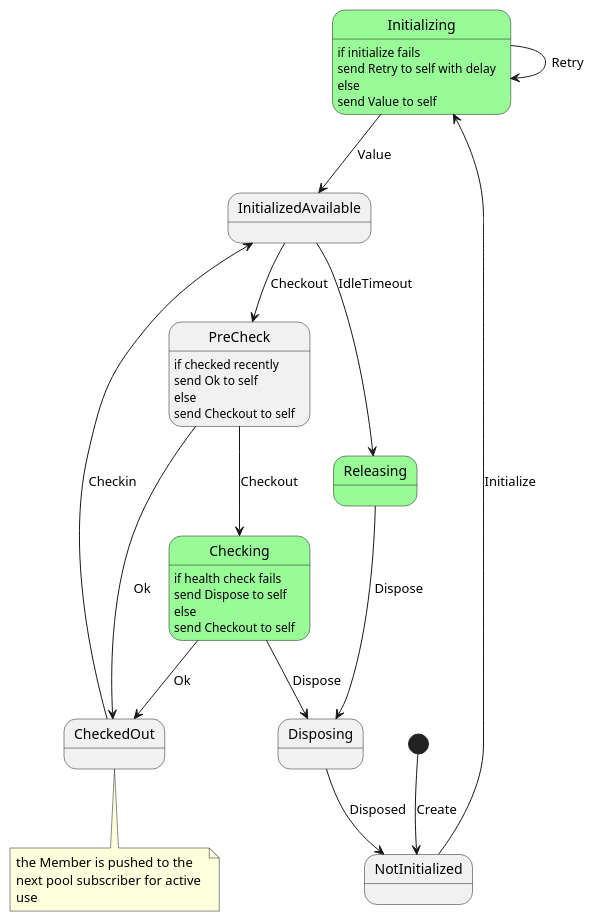
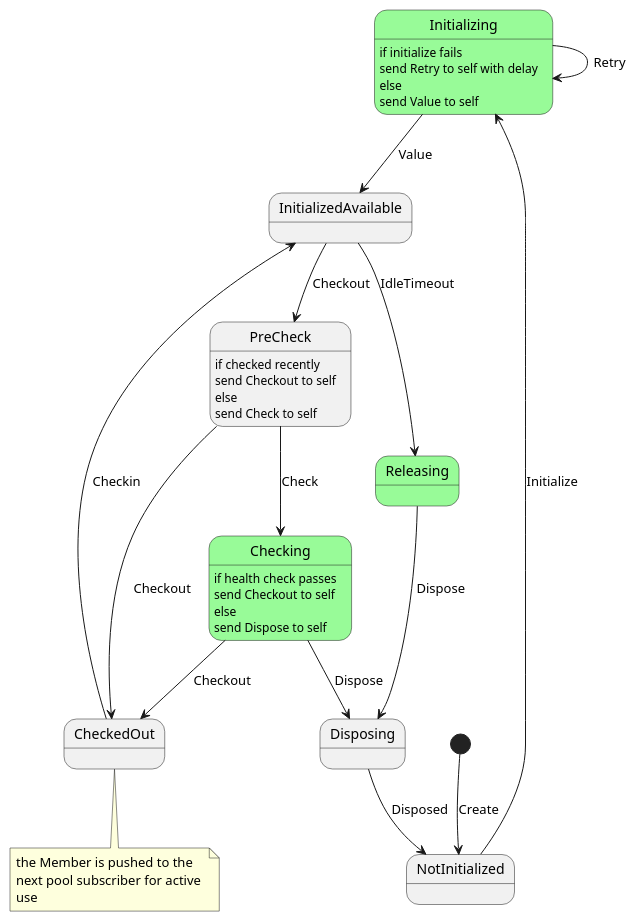
One commit to davidmoten/rxjava3-pool changed the diagram in src/main/plantuml/Member-state-diagram.puml. Above: the diagram before and after it, drawn with PlantUML. The commit also changed 1 other file, not shown here.

Commit message:
update diagram

```diff
--- a/src/main/plantuml/Member-state-diagram.puml
+++ b/src/main/plantuml/Member-state-diagram.puml
@@ -1,45 +1,45 @@
 @startuml
 
 state Initializing #palegreen {
 }
 state Checking #palegreen {
 }
 state Releasing #palegreen {
 }
 
 [*] --> NotInitialized: Create
 NotInitialized --> Initializing: Initialize
 Initializing --> InitializedAvailable: Value
 Initializing --> Initializing: Retry
 InitializedAvailable --> PreCheck: Checkout 
-PreCheck --> Checking: Checkout
+PreCheck --> Checking: Check
 Checking --> Disposing: Dispose
-Checking --> CheckedOut: Ok
+Checking --> CheckedOut: Checkout
 InitializedAvailable --> Releasing: IdleTimeout
 Releasing --> Disposing: Dispose 
 Disposing --> NotInitialized: Disposed
 CheckedOut --> InitializedAvailable: Checkin
-PreCheck --> CheckedOut: Ok
+PreCheck --> CheckedOut: Checkout
 
 Initializing: if initialize fails
 Initializing: send Retry to self with delay
 Initializing: else 
 Initializing: send Value to self
 
 PreCheck: if checked recently
-PreCheck: send Ok to self
+PreCheck: send Checkout to self
 PreCheck: else 
-PreCheck: send Checkout to self
+PreCheck: send Check to self
 
-Checking: if health check fails
+Checking: if health check passes
+Checking: send Checkout to self
+Checking: else
 Checking: send Dispose to self
-Checking: else
-Checking: send Checkout to self
 
 note bottom of CheckedOut
   the Member is pushed to the 
   next pool subscriber for active 
   use
 end note
 
 @enduml
```
